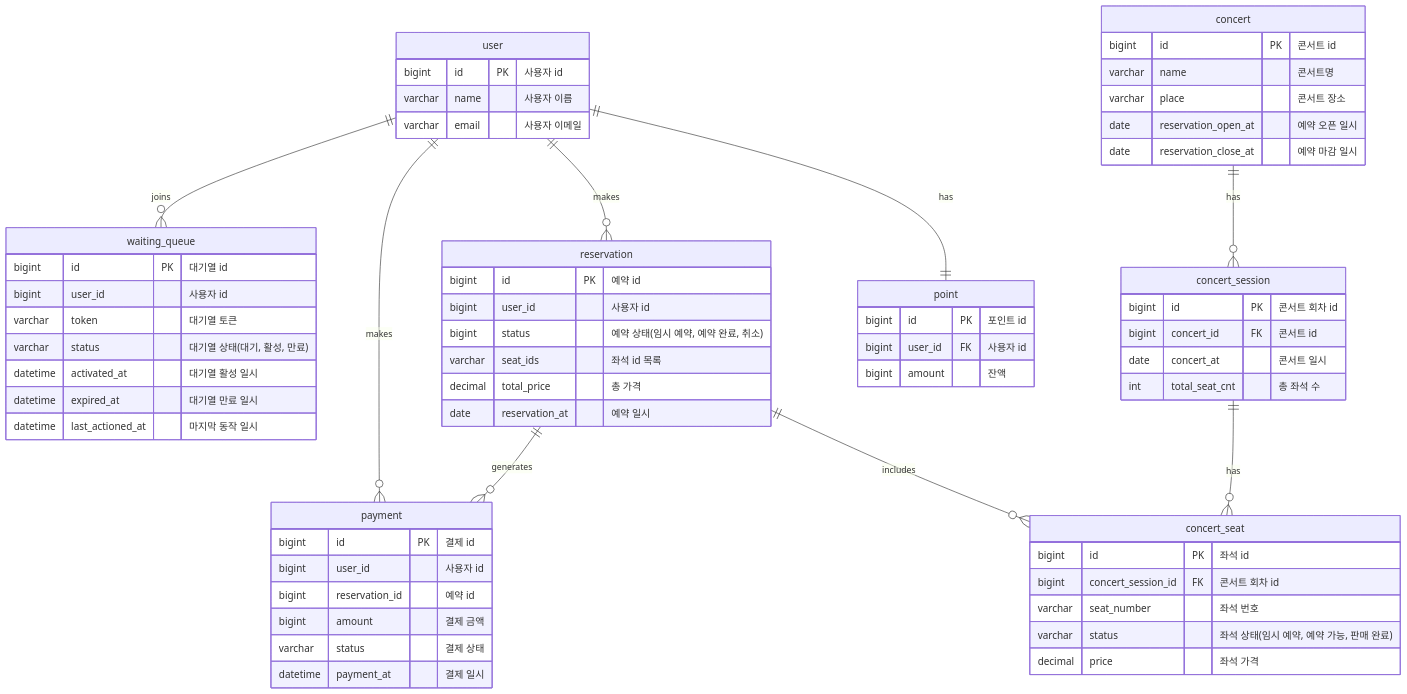
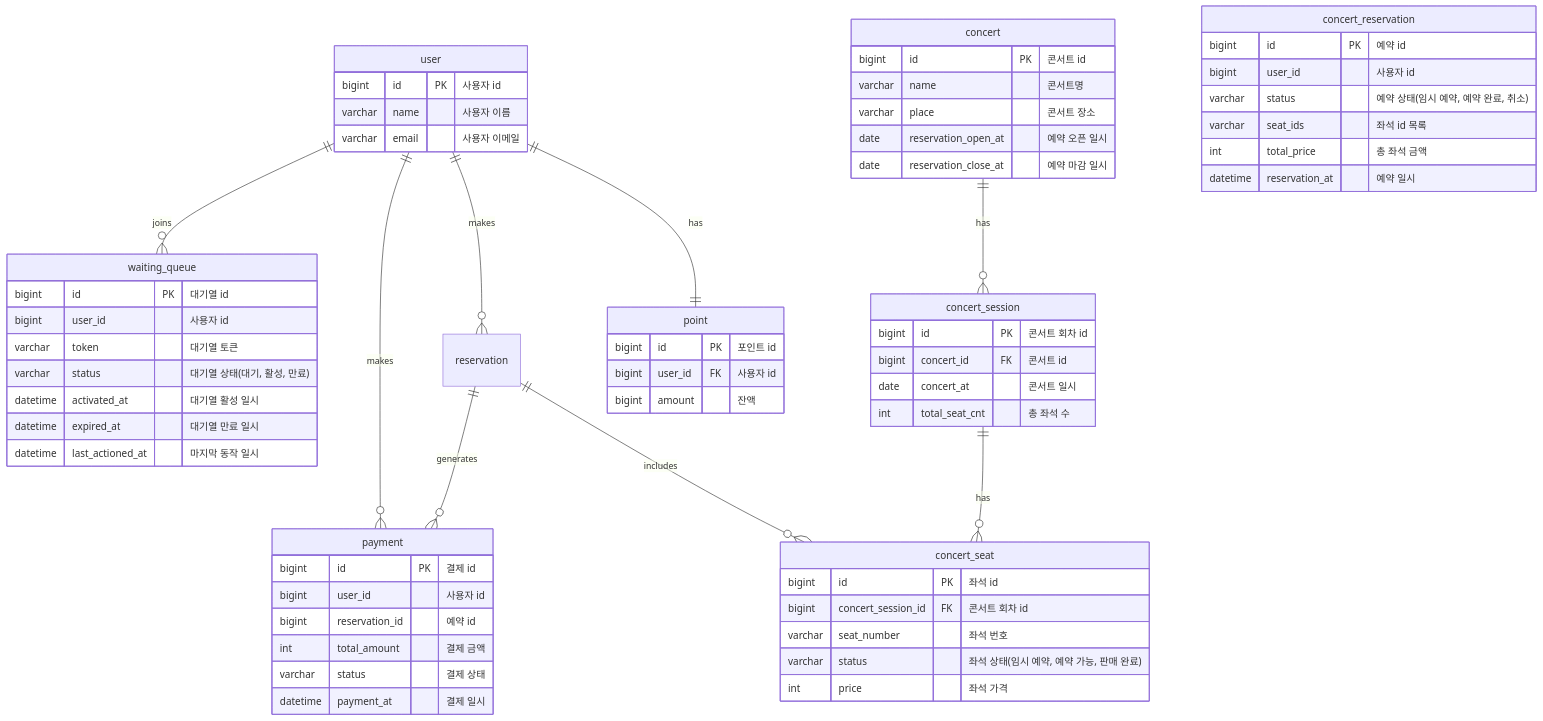
One commit to rueun/hhplus-concert-reservation changed the diagram in docs/ERD.md. Above: the diagram before and after it, drawn with Mermaid.

Commit message:
docs: erd 변경

````diff
--- a/docs/ERD.md
+++ b/docs/ERD.md
@@ -1,79 +1,79 @@
 ```mermaid
 erDiagram
     user {
         bigint id PK "사용자 id"
         varchar name "사용자 이름"
         varchar email "사용자 이메일"
     }
 
     point {
         bigint id PK "포인트 id"
         bigint user_id FK "사용자 id"
         bigint amount "잔액"
     }
 
     waiting_queue {
         bigint id PK "대기열 id"
         bigint user_id "사용자 id"
         varchar token "대기열 토큰"
         varchar status "대기열 상태(대기, 활성, 만료)"
         datetime activated_at "대기열 활성 일시"
         datetime expired_at "대기열 만료 일시"
         datetime last_actioned_at "마지막 동작 일시"
     }
 
     concert {
         bigint id PK "콘서트 id"
         varchar name "콘서트명"
         varchar place "콘서트 장소"
         date reservation_open_at "예약 오픈 일시"
         date reservation_close_at "예약 마감 일시"
     }
 
     concert_session {
         bigint id PK "콘서트 회차 id"
         bigint concert_id FK "콘서트 id"
         date concert_at "콘서트 일시"
         int total_seat_cnt "총 좌석 수"
     }
 
     concert_seat {
         bigint id PK "좌석 id"
         bigint concert_session_id FK "콘서트 회차 id"
         varchar seat_number "좌석 번호"
         varchar status "좌석 상태(임시 예약, 예약 가능, 판매 완료)"
-        decimal price "좌석 가격"
+        int price "좌석 가격"
     }
 
-    reservation {
+    concert_reservation {
         bigint id PK "예약 id"
         bigint user_id "사용자 id"
-        bigint status "예약 상태(임시 예약, 예약 완료, 취소)"
+        varchar status "예약 상태(임시 예약, 예약 완료, 취소)"
         varchar seat_ids "좌석 id 목록"
-        decimal total_price "총 가격"    
-        date reservation_at "예약 일시"
+        int total_price "총 좌석 금액"
+        datetime reservation_at "예약 일시"
     }
 
     payment {
         bigint id PK "결제 id"
         bigint user_id "사용자 id"
         bigint reservation_id "예약 id"
-        bigint amount "결제 금액"
+        int total_amount "결제 금액"
         varchar status "결제 상태"
         datetime payment_at "결제 일시"
     }
 
 
 %% 관계 정의
 user ||--|| point: "has"
 user ||--o{ reservation: "makes"
 user ||--o{ payment: "makes"
 user ||--o{ waiting_queue: "joins"
 
 concert ||--o{ concert_session: "has"
 
 concert_session ||--o{ concert_seat: "has"
 
 reservation ||--o{ concert_seat: "includes"
 reservation ||--o{ payment: "generates"
 ```
````
